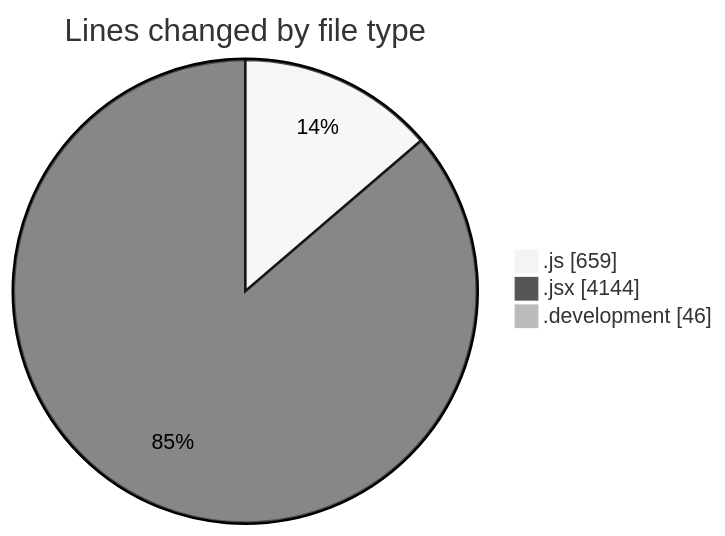
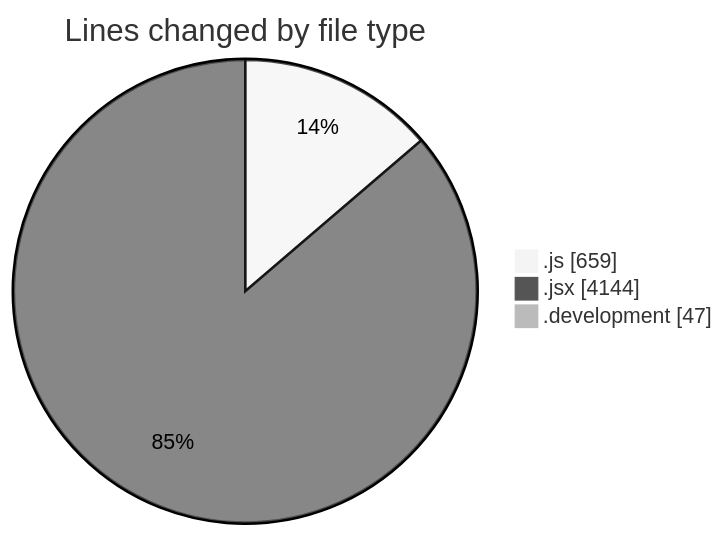
The first of 2 diagrams in 2026-01-05/nxtqube_webapp/README.md (nxtqubesakshisongat/code-tracking), drawn with Mermaid (neutral theme) before and after one commit. The commit also changed other lines of this file and 1 other file, not shown here.

````diff
--- a/2026-01-05/nxtqube_webapp/README.md
+++ b/2026-01-05/nxtqube_webapp/README.md
@@ -24,7 +24,7 @@
 ```mermaid
 pie showData
 title Lines changed by file type
 ".js" : 659
 ".jsx" : 4144
-".development" : 46
+".development" : 47
 ```
````
